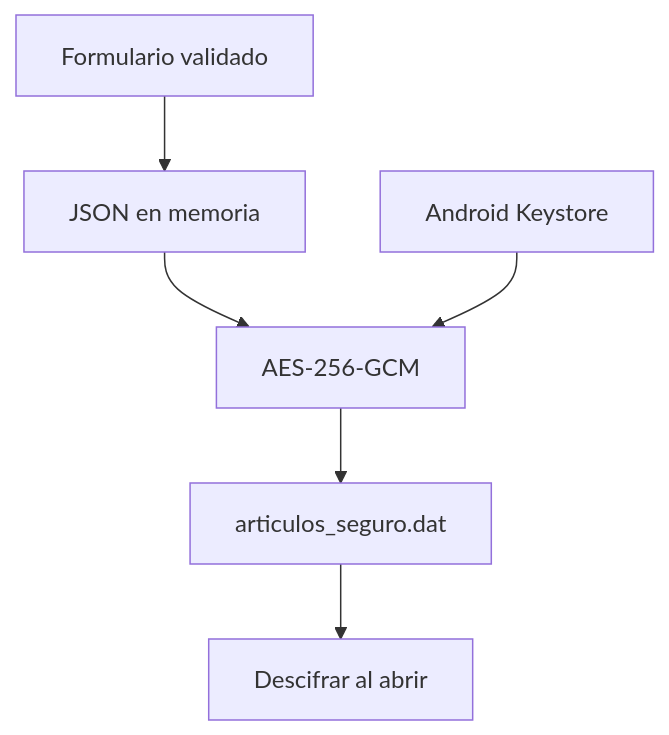
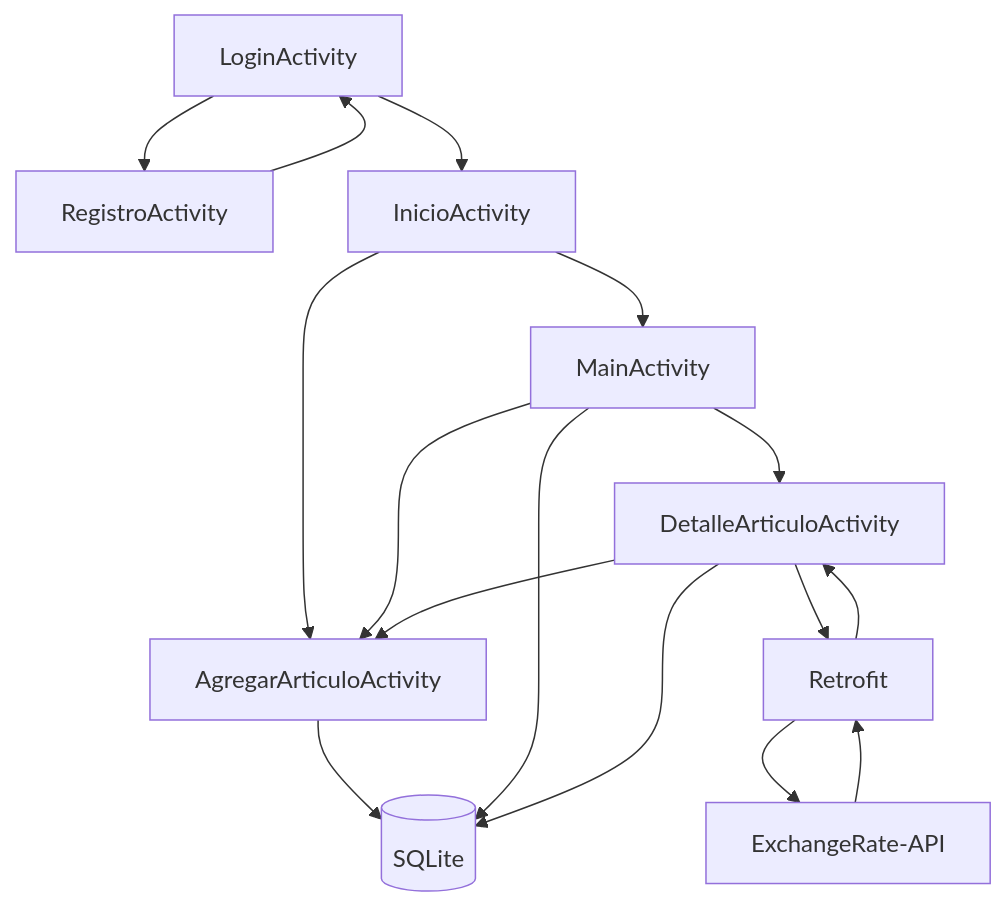
One commit to Weprgt/MuebleriaApp changed the diagram in README.md. Above: the diagram before and after it, drawn with Mermaid. The commit also changed other lines of this file and 12 other files, not shown here.

````diff
--- a/README.md
+++ b/README.md
@@ -57,8 +222,18 @@
 ```mermaid
 flowchart TD
-    A[Formulario validado] --> B[JSON en memoria]
-    B --> C[AES-256-GCM]
-    D[Android Keystore] --> C
-    C --> E[articulos_seguro.dat]
-    E --> F[Descifrar al abrir]
+    A[LoginActivity] --> B[RegistroActivity]
+    A --> C[InicioActivity]
+    B --> A
+    C --> D[MainActivity]
+    C --> E[AgregarArticuloActivity]
+    D --> E
+    D --> F[DetalleArticuloActivity]
+    F --> E
+    E --> G[(SQLite)]
+    D --> G
+    F --> G
+    F --> H[Retrofit]
+    H --> I[ExchangeRate-API]
+    I --> H
+    H --> F
 ```
````
